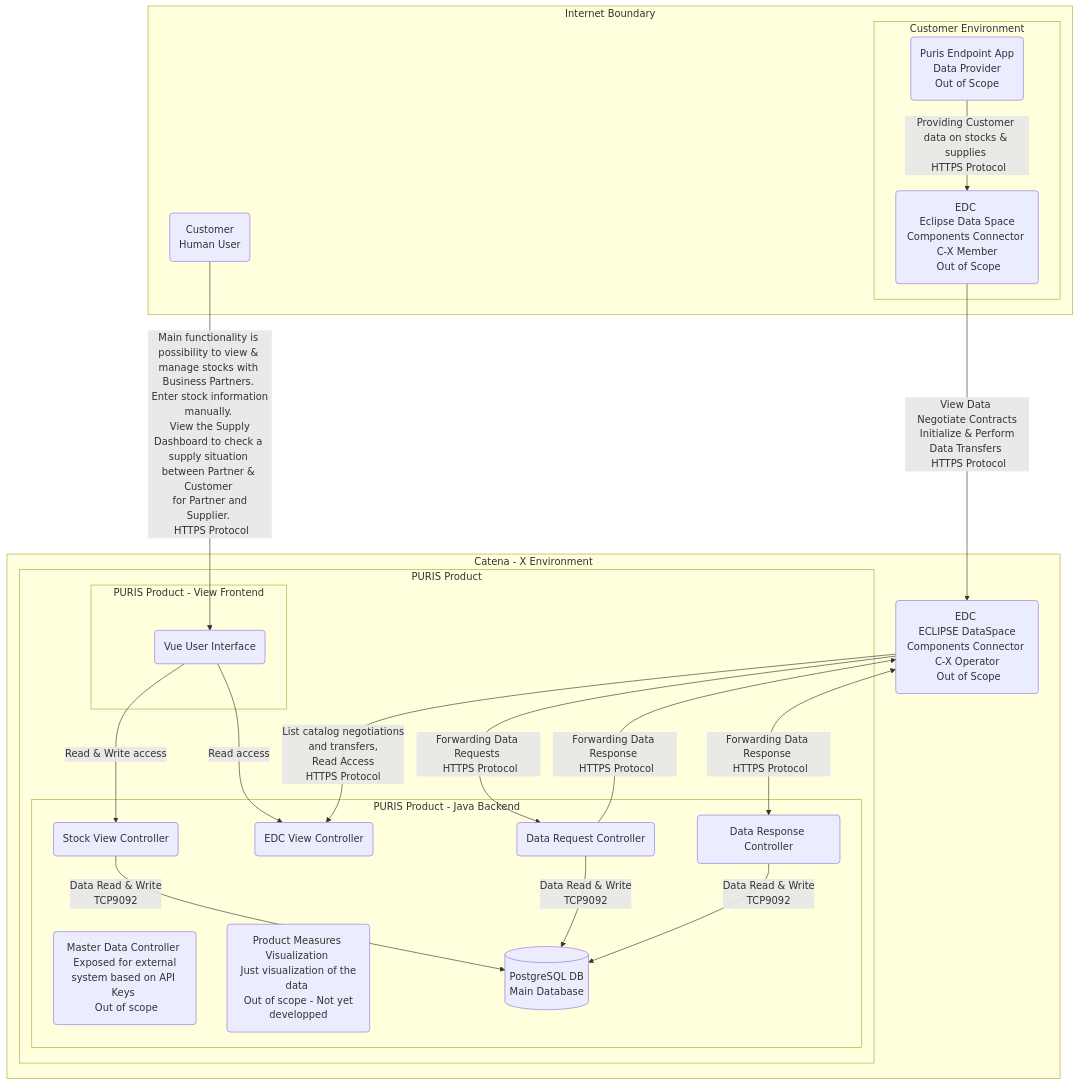
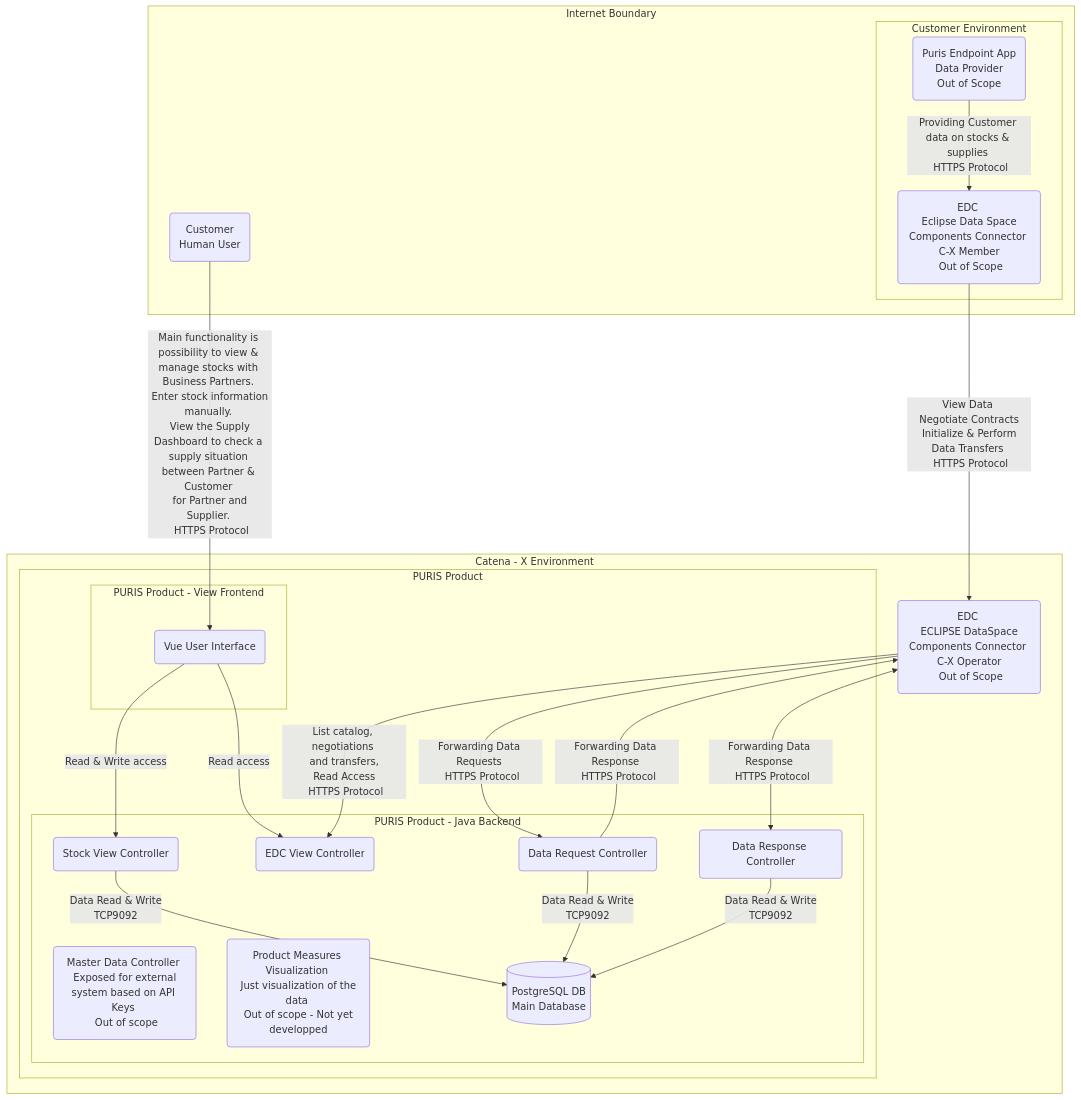
One commit to eclipse-tractusx/puris changed the diagram in docs/security-assessment.md. Above: the diagram before and after it, drawn with Mermaid.

Commit message:
Update security-assessment.md
Readability changes requested by Tom

````diff
--- a/docs/security-assessment.md
+++ b/docs/security-assessment.md
@@ -44,77 +44,77 @@
 ```mermaid
 flowchart TD
     A(Customer \n Human User) 
     A2(Puris Endpoint App \n Data Provider \n Out of Scope)
     A3(EDC \n Eclipse Data Space Components Connector \n C-X Member \n Out of Scope)
     
     B(EDC \n ECLIPSE DataSpace Components Connector \n C-X Operator \n Out of Scope)
 
     C(Vue User Interface)
 
     D6(Master Data Controller \n Exposed for external system based on API Keys \n Out of scope)
     D7(Product Measures Visualization \n Just visualization of the data \n Out of scope - Not yet developped)
 
     D(Stock View Controller)
     D2(EDC View Controller)
     D3(Data Request Controller)
     D4(Data Response Controller)
     D5[(PostgreSQL DB \n Main Database)]
 
     A-->|Main functionality is possibility to view & manage stocks with Business Partners. \n Enter stock information manually. \n View the Supply Dashboard to check a supply situation between Partner & Customer \n for Partner and Supplier. \n HTTPS Protocol|C
     A2-->|Providing Customer data on stocks & supplies \n HTTPS Protocol|A3
 
     C-->|Read & Write access|D
     C-->|Read access|D2
 
     A3-->|View Data \n Negotiate Contracts \n Initialize & Perform Data Transfers \n HTTPS Protocol|B
 
     D-->|Data Read & Write \n TCP9092|D5
     D3-->|Data Read & Write \n TCP9092|D5
    
     D4-->|Data Read & Write \n TCP9092|D5
 
     D3-->|Forwarding Data Response \n HTTPS Protocol|B
 
     B-->|Forwarding Data Requests \n HTTPS Protocol|D3
-    B-->|List catalog negotiations \n and transfers, \n Read Access \n HTTPS Protocol|D2
+    B-->|List catalog, negotiations \n and transfers, \n Read Access \n HTTPS Protocol|D2
     
     B<-->|Forwarding Data Response \n HTTPS Protocol|D4
     
 
     subgraph Internet Boundary
     A
 
         subgraph Customer Environment
          
          A2
          A3
 
          end
 
 end
 
 subgraph Catena - X Environment
 
 B
 
     subgraph PURIS Product 
                   
         subgraph PURIS Product - View Frontend
          C
          end
 
          subgraph PURIS Product - Java Backend
          D6
          D7
          D2
          D3
          D
          D5
          D4
           end
             
     
     end
 
     end
 ```
````
